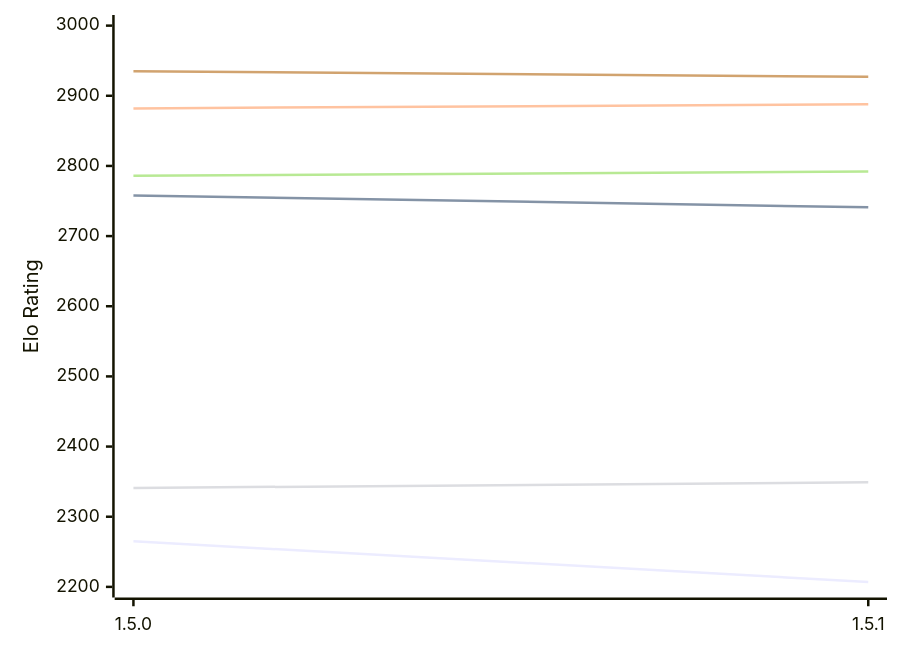
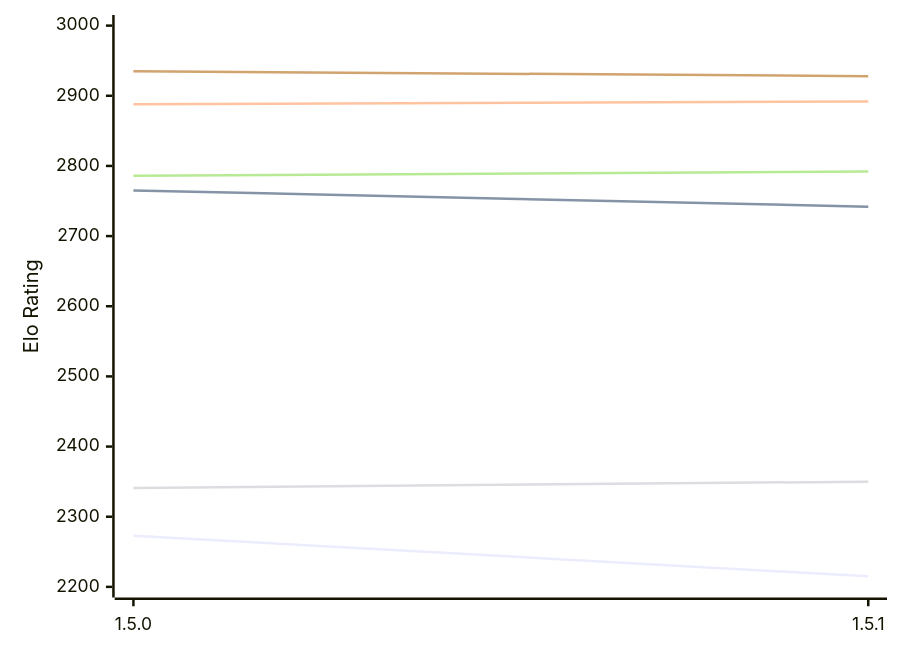
The first of 2 diagrams in engines/Coco.md (computer-chess-index/cci), drawn with Mermaid before and after one commit. The commit also changed other lines of this file, not shown here.

Commit message:
Update CCI Ratings (ELO VLTC) - 2026-11-10

````diff
--- a/engines/Coco.md
+++ b/engines/Coco.md
@@ -50,12 +50,12 @@
 ```mermaid
 %%{init: {"theme":"base","themeVariables":{"seriesColors:['#a3a3a3','#222221','#faa371']}}}%%
 xychart-beta
   x-axis ["1.5.0", "1.5.1"]
   y-axis "Elo Rating" 2200 --> 3000
-  line "E1: STC (8.0+0.08s)" [2265, 2207]
-  line "E1: LTC (60.0+0.60s)" [2758, 2741]
-  line "E1: VLTC (2m24s+1.12s)" [2882, 2888]
-  line "P1: STC (8.0+0.08s)" [2341, 2349]
+  line "E1: STC (8.0+0.08s)" [2273, 2215]
+  line "E1: LTC (60.0+0.60s)" [2765, 2742]
+  line "E1: VLTC (2m24s+1.12s)" [2888, 2892]
+  line "P1: STC (8.0+0.08s)" [2341, 2350]
   line "P1: LTC (60.0+0.60s)" [2786, 2792]
-  line "P1: VLTC (2m24s+1.12s)" [2935, 2927]
+  line "P1: VLTC (2m24s+1.12s)" [2935, 2928]
 ```
````
